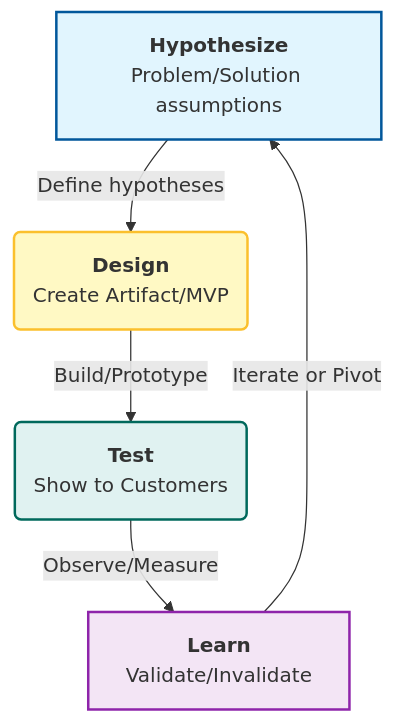
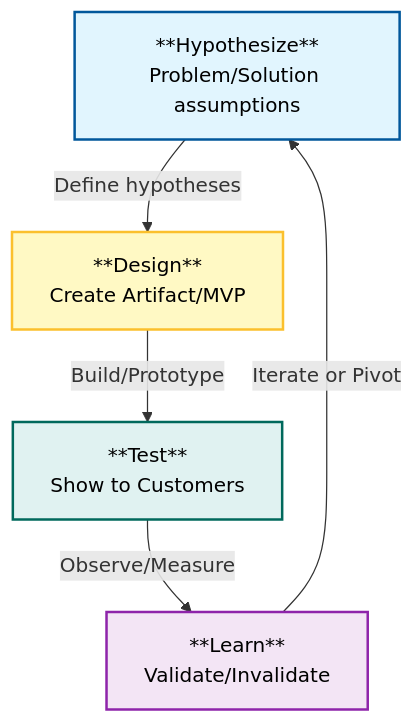
The diagram in ebooks/Lean_Product_Playbook_VN_Interactive/Module_C_Validation.md (lytv/AIPM), drawn with Mermaid before and after one commit. The commit also changed 10 other files, not shown here.

Commit message:
feat: Add minimal and Notion-style slide deck outlines for "Root Causes of Failed Product Efforts" and update mermaid diagram syntax in Lean Product Playbook modules.

````diff
--- a/ebooks/Lean_Product_Playbook_VN_Interactive/Module_C_Validation.md
+++ b/ebooks/Lean_Product_Playbook_VN_Interactive/Module_C_Validation.md
@@ -46,12 +46,12 @@
 ```mermaid
 graph TD
-    A[<b>Hypothesize</b><br>Problem/Solution assumptions] -->|Define hypotheses| B(<b>Design</b><br>Create Artifact/MVP)
-    B -->|Build/Prototype| C(<b>Test</b><br>Show to Customers)
-    C -->|Observe/Measure| D[<b>Learn</b><br>Validate/Invalidate]
+    A["**Hypothesize**<br/>Problem/Solution assumptions"] -->|Define hypotheses| B["**Design**<br/>Create Artifact/MVP"]
+    B -->|Build/Prototype| C["**Test**<br/>Show to Customers"]
+    C -->|Observe/Measure| D["**Learn**<br/>Validate/Invalidate"]
     D -->|Iterate or Pivot| A
 
-    style A fill:#e1f5fe,stroke:#01579b,stroke-width:2px
-    style B fill:#fff9c4,stroke:#fbc02d,stroke-width:2px
-    style C fill:#e0f2f1,stroke:#00695c,stroke-width:2px
-    style D fill:#f3e5f5,stroke:#8e24aa,stroke-width:2px
+    style A fill:#e1f5fe,stroke:#01579b,stroke-width:2px,color:#000
+    style B fill:#fff9c4,stroke:#fbc02d,stroke-width:2px,color:#000
+    style C fill:#e0f2f1,stroke:#00695c,stroke-width:2px,color:#000
+    style D fill:#f3e5f5,stroke:#8e24aa,stroke-width:2px,color:#000
 ```
````
